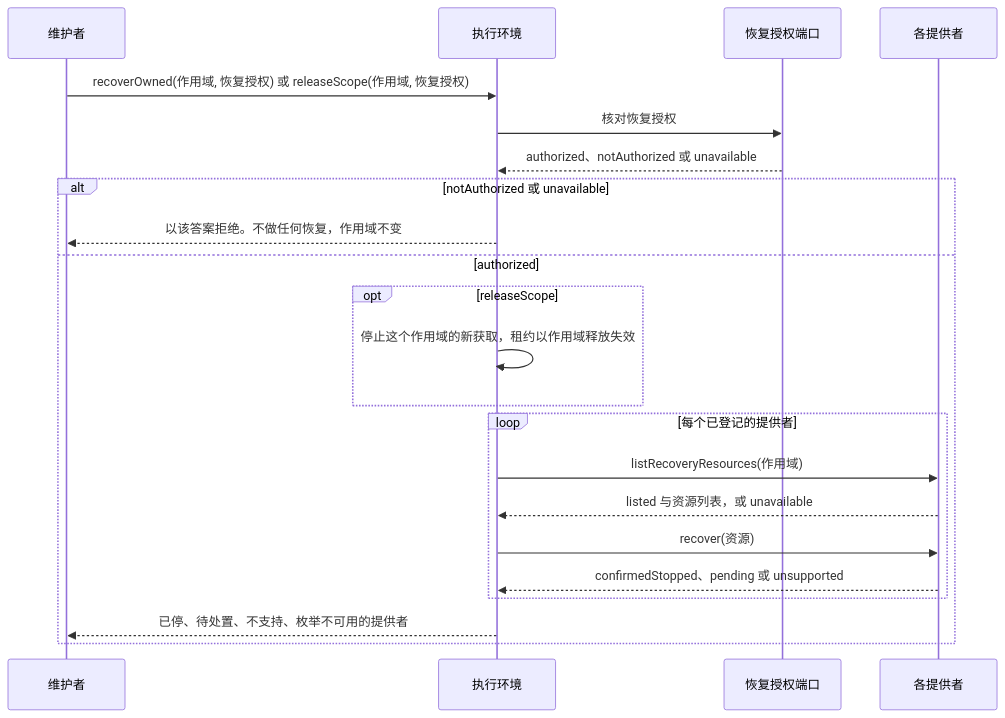
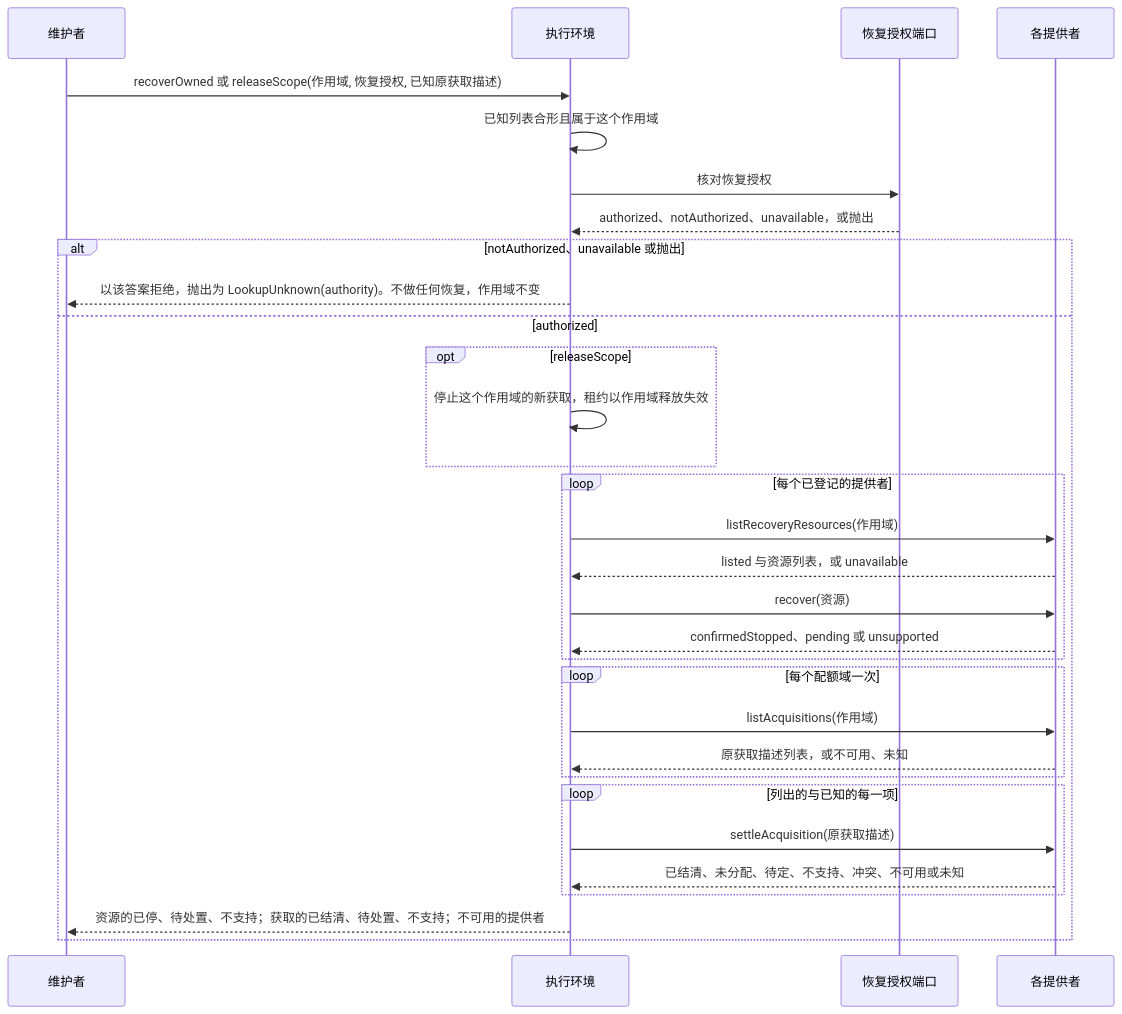
Before and after one commit to nemori-ai/omne-harness-lite: the fifth of 9 diagrams in packages/execution/execution-environment-contract/docs/flows.md, drawn with Mermaid. The commit also changed other lines of this file and 136 other files, not shown here.

````diff
--- a/packages/execution/execution-environment-contract/docs/flows.md
+++ b/packages/execution/execution-environment-contract/docs/flows.md
@@ -158,24 +164,33 @@
 ```mermaid
 sequenceDiagram
   participant M as 维护者
   participant E as 执行环境
   participant A as 恢复授权端口
   participant P as 各提供者
-  M->>E: recoverOwned(作用域, 恢复授权) 或 releaseScope(作用域, 恢复授权)
+  M->>E: recoverOwned 或 releaseScope(作用域, 恢复授权, 已知原获取描述)
+  E->>E: 已知列表合形且属于这个作用域
   E->>A: 核对恢复授权
-  A-->>E: authorized、notAuthorized 或 unavailable
-  alt notAuthorized 或 unavailable
-    E-->>M: 以该答案拒绝。不做任何恢复，作用域不变
+  A-->>E: authorized、notAuthorized、unavailable，或抛出
+  alt notAuthorized、unavailable 或抛出
+    E-->>M: 以该答案拒绝，抛出为 LookupUnknown(authority)。不做任何恢复，作用域不变
   else authorized
     opt releaseScope
       E->>E: 停止这个作用域的新获取，租约以作用域释放失效
     end
     loop 每个已登记的提供者
       E->>P: listRecoveryResources(作用域)
       P-->>E: listed 与资源列表，或 unavailable
       E->>P: recover(资源)
       P-->>E: confirmedStopped、pending 或 unsupported
     end
-    E-->>M: 已停、待处置、不支持、枚举不可用的提供者
+    loop 每个配额域一次
+      E->>P: listAcquisitions(作用域)
+      P-->>E: 原获取描述列表，或不可用、未知
+    end
+    loop 列出的与已知的每一项
+      E->>P: settleAcquisition(原获取描述)
+      P-->>E: 已结清、未分配、待定、不支持、冲突、不可用或未知
+    end
+    E-->>M: 资源的已停、待处置、不支持；获取的已结清、待处置、不支持；不可用的提供者
   end
 ```
````
